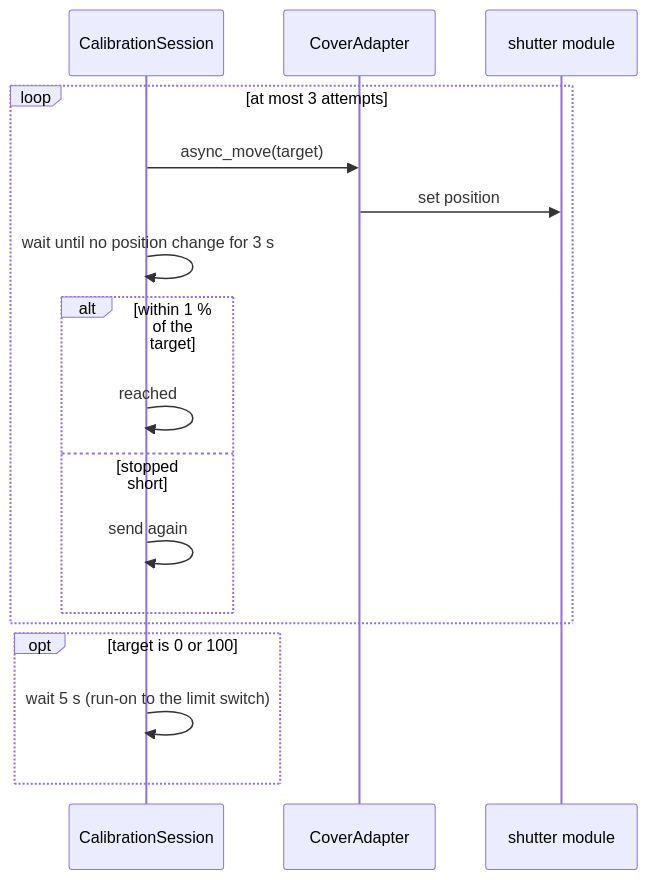
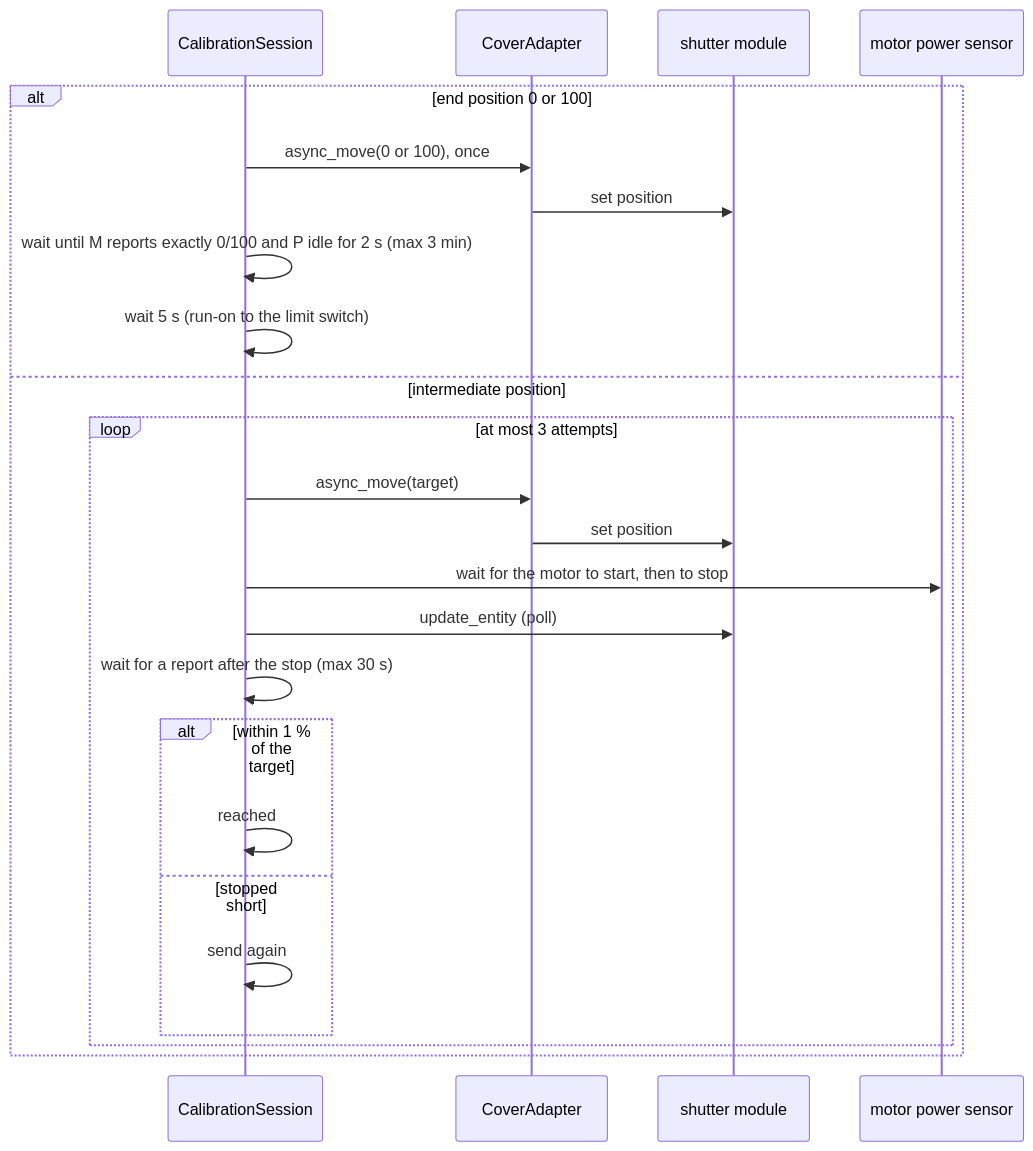
One commit to abroeders/smart-shutter-control changed the tenth of 13 diagrams in docs/architecture.md. Above: the diagram before and after it, drawn with Mermaid. The commit also changed other lines of this file and 2 other files, not shown here.

Commit message:
docs: moving during calibration with motor power and late reports (#16)

````diff
--- a/docs/architecture.md
+++ b/docs/architecture.md
@@ -327,19 +329,26 @@
 ```mermaid
 sequenceDiagram
     participant S as CalibrationSession
     participant A as CoverAdapter
     participant M as shutter module
-    loop at most 3 attempts
-        S->>A: async_move(target)
+    participant P as motor power sensor
+    alt end position 0 or 100
+        S->>A: async_move(0 or 100), once
         A->>M: set position
-        S->>S: wait until no position change for 3 s
-        alt within 1 % of the target
-            S->>S: reached
-        else stopped short
-            S->>S: send again
+        S->>S: wait until M reports exactly 0/100 and P idle for 2 s (max 3 min)
+        S->>S: wait 5 s (run-on to the limit switch)
+    else intermediate position
+        loop at most 3 attempts
+            S->>A: async_move(target)
+            A->>M: set position
+            S->>P: wait for the motor to start, then to stop
+            S->>M: update_entity (poll)
+            S->>S: wait for a report after the stop (max 30 s)
+            alt within 1 % of the target
+                S->>S: reached
+            else stopped short
+                S->>S: send again
+            end
         end
     end
-    opt target is 0 or 100
-        S->>S: wait 5 s (run-on to the limit switch)
-    end
 ```
````
